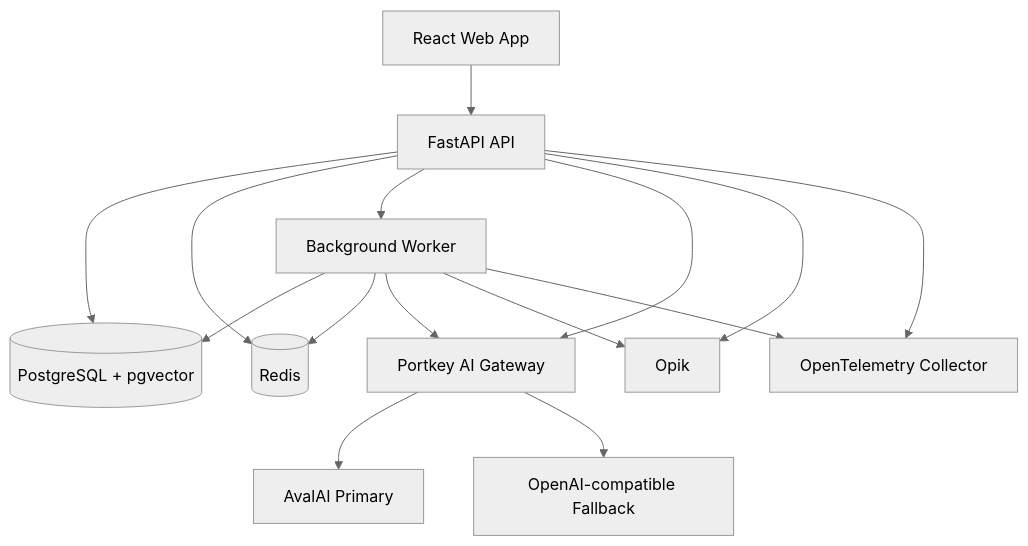
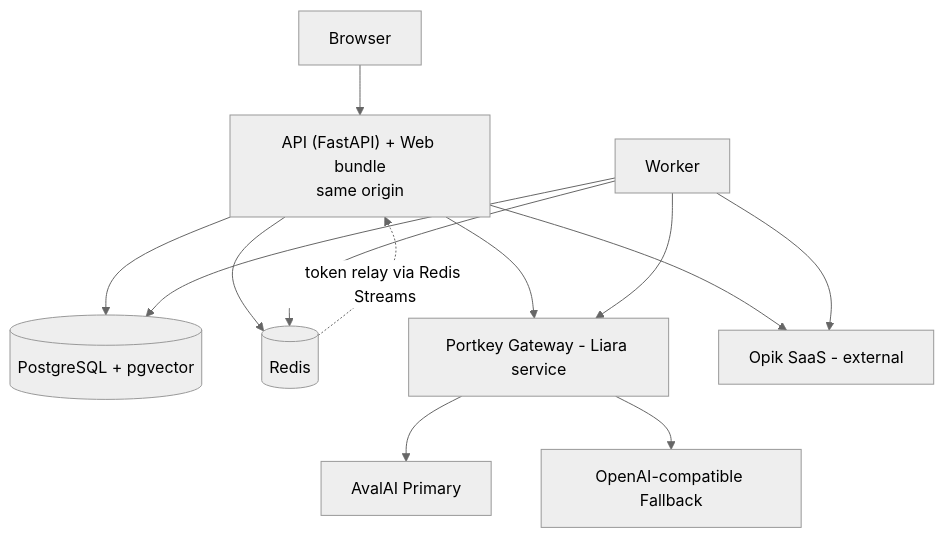
Before and after one commit to Amin-Tgz/LiaraChallenge: the diagram in docs/liara-docs-rescue-plan.md, drawn with Mermaid (neutral theme). The commit also changed other lines of this file and 15 other files, not shown here.

````diff
--- a/docs/liara-docs-rescue-plan.md
+++ b/docs/liara-docs-rescue-plan.md
@@ -208,17 +260,15 @@
 ```mermaid
 flowchart TD
-    U[React Web App] --> API[FastAPI API]
+    U[Browser] --> API["API (FastAPI) + Web bundle<br/>same origin"]
     API --> PG[(PostgreSQL + pgvector)]
     API --> R[(Redis)]
-    API --> W[Background Worker]
-    W --> PG
+    API --> PK[Portkey Gateway - Liara service]
+    W[Worker] --> PG
     W --> R
-    API --> PK[Portkey AI Gateway]
     W --> PK
+    R -.->|"token relay via Redis Streams"| API
     PK --> A[AvalAI Primary]
     PK --> B[OpenAI-compatible Fallback]
-    API --> O[Opik]
-    API --> OT[OpenTelemetry Collector]
+    API --> O[Opik SaaS - external]
     W --> O
-    W --> OT
 ```
````
